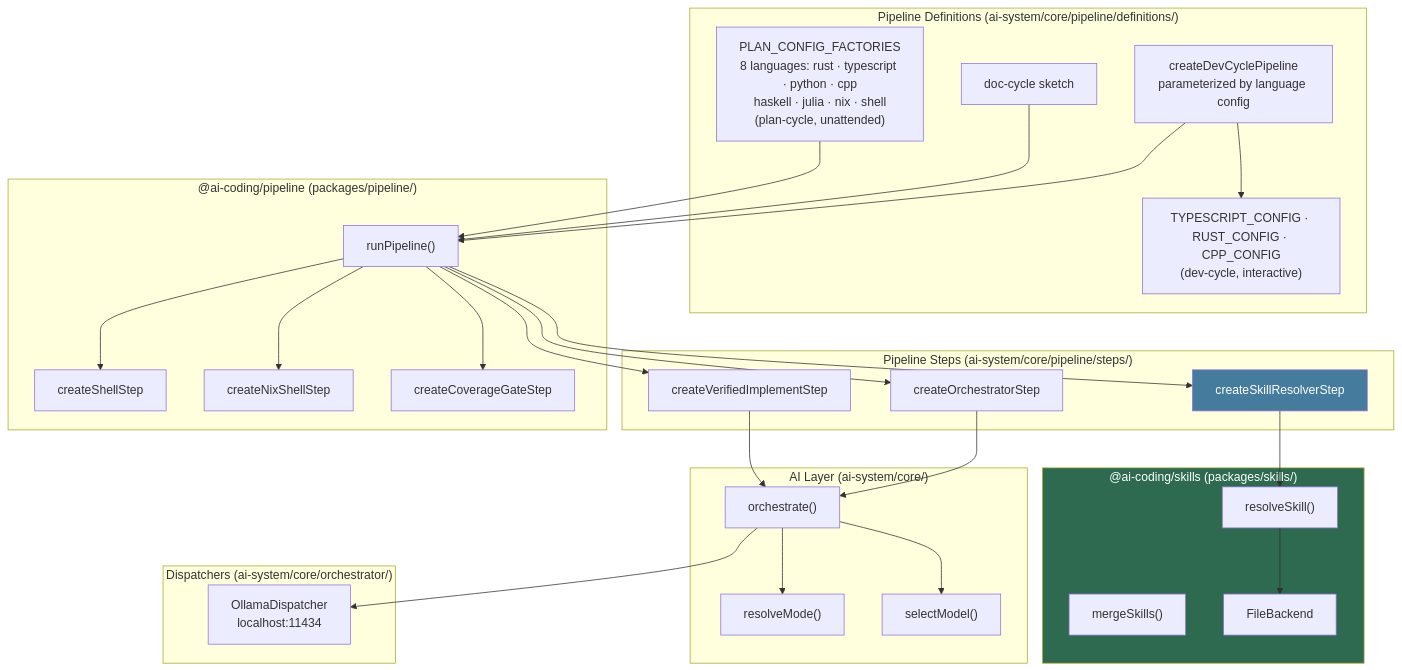
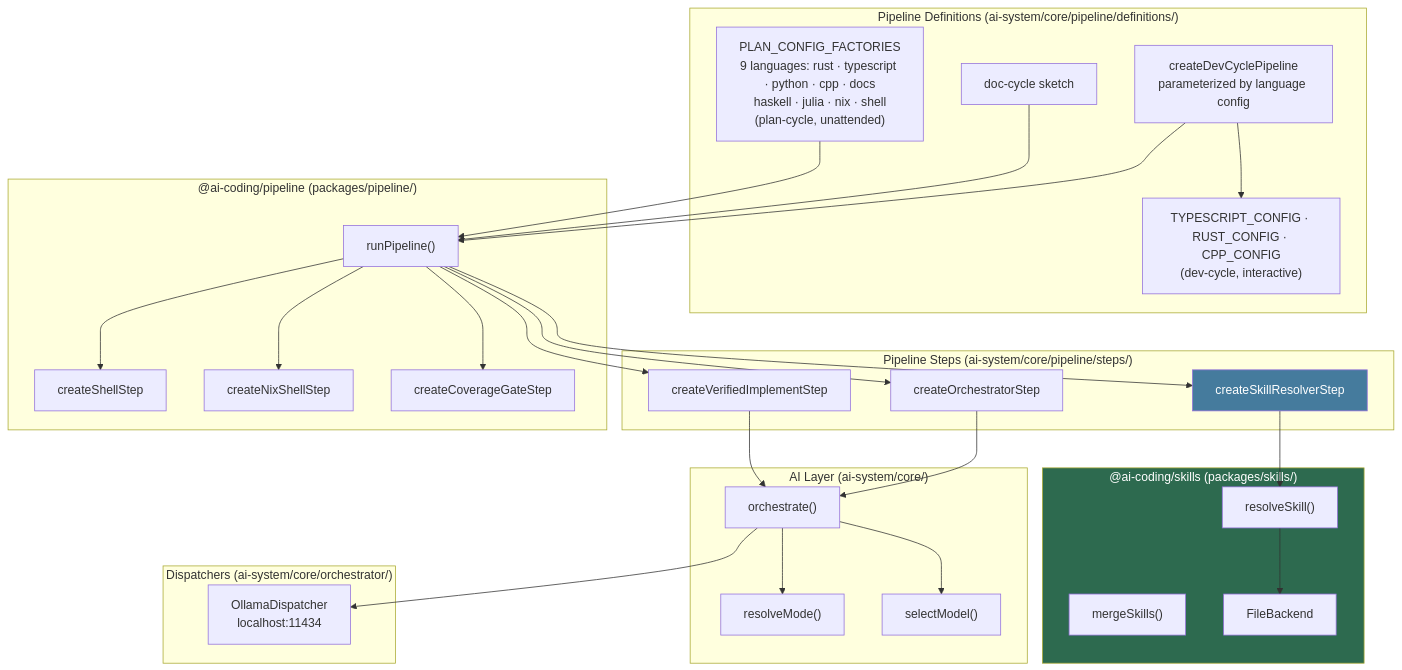
One commit to vansweej/ai-coding changed the first of 5 diagrams in docs/architecture.md. Above: the diagram before and after it, drawn with Mermaid. The commit also changed other lines of this file and 5 other files, not shown here.

````diff
--- a/docs/architecture.md
+++ b/docs/architecture.md
@@ -15,62 +15,62 @@
 ```mermaid
 graph TD
     subgraph Definitions["Pipeline Definitions (ai-system/core/pipeline/definitions/)"]
         Dev["createDevCyclePipeline\nparameterized by language config"]
         Lang["TYPESCRIPT_CONFIG · RUST_CONFIG · CPP_CONFIG\n(dev-cycle, interactive)"]
-        PlanFactories["PLAN_CONFIG_FACTORIES\n8 languages: rust · typescript · python · cpp\nhaskell · julia · nix · shell\n(plan-cycle, unattended)"]
+        PlanFactories["PLAN_CONFIG_FACTORIES\n9 languages: rust · typescript · python · cpp · docs\nhaskell · julia · nix · shell\n(plan-cycle, unattended)"]
         Doc["doc-cycle sketch"]
     end
 
     subgraph PipelineSteps["Pipeline Steps (ai-system/core/pipeline/steps/)"]
         OrcStep["createOrchestratorStep"]
         SkillStep["createSkillResolverStep"]
         VerifyStep["createVerifiedImplementStep"]
     end
 
     subgraph SkillsPkg["@ai-coding/skills (packages/skills/)"]
         ResolveSkill["resolveSkill()"]
         MergeSkills["mergeSkills()"]
         FileBack["FileBackend"]
     end
 
     subgraph PipelinePkg["@ai-coding/pipeline (packages/pipeline/)"]
         Runner["runPipeline()"]
         ShellStep["createShellStep"]
         NixStep["createNixShellStep"]
         CoverageGate["createCoverageGateStep"]
     end
 
     subgraph AILayer["AI Layer (ai-system/core/)"]
         Orchestrator["orchestrate()"]
         ModeRouter["resolveMode()"]
         ModelRouter["selectModel()"]
     end
 
     subgraph Dispatchers["Dispatchers (ai-system/core/orchestrator/)"]
         Ollama["OllamaDispatcher\nlocalhost:11434"]
     end
 
     Dev --> Lang
     Dev --> Runner
     Doc --> Runner
     PlanFactories --> Runner
 
     Runner --> OrcStep
     Runner --> SkillStep
     Runner --> VerifyStep
     Runner --> ShellStep
     Runner --> NixStep
     Runner --> CoverageGate
 
     SkillStep --> ResolveSkill
     ResolveSkill --> FileBack
 
     OrcStep --> Orchestrator
     VerifyStep --> Orchestrator
     Orchestrator --> ModeRouter
     Orchestrator --> ModelRouter
     Orchestrator --> Ollama
 
     style SkillsPkg fill:#2d6a4f,color:#fff
     style SkillStep fill:#457b9d,color:#fff
 ```
````
